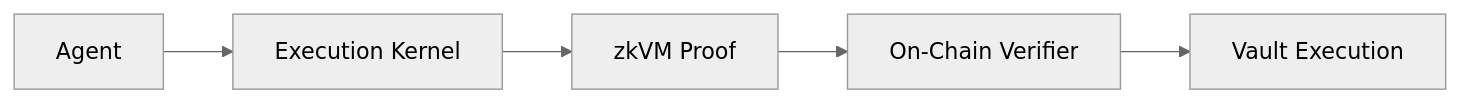
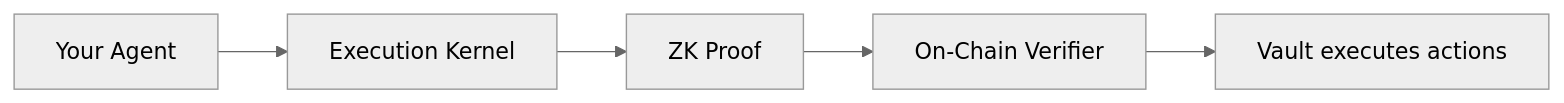
One commit to Mehd1b/Tokamak-AI-Layer changed the diagram in docs/docs/intro.md. Above: the diagram before and after it, drawn with Mermaid (neutral theme). The commit also changed other lines of this file and 28 other files, not shown here.

````diff
--- a/docs/docs/intro.md
+++ b/docs/docs/intro.md
@@ -30,7 +34,7 @@
 ```mermaid
 flowchart LR
-    A[Agent] --> B[Execution Kernel]
-    B --> C[zkVM Proof]
+    A[Your Agent] --> B[Execution Kernel]
+    B --> C[ZK Proof]
     C --> D[On-Chain Verifier]
-    D --> E[Vault Execution]
+    D --> E[Vault executes actions]
 ```
````
